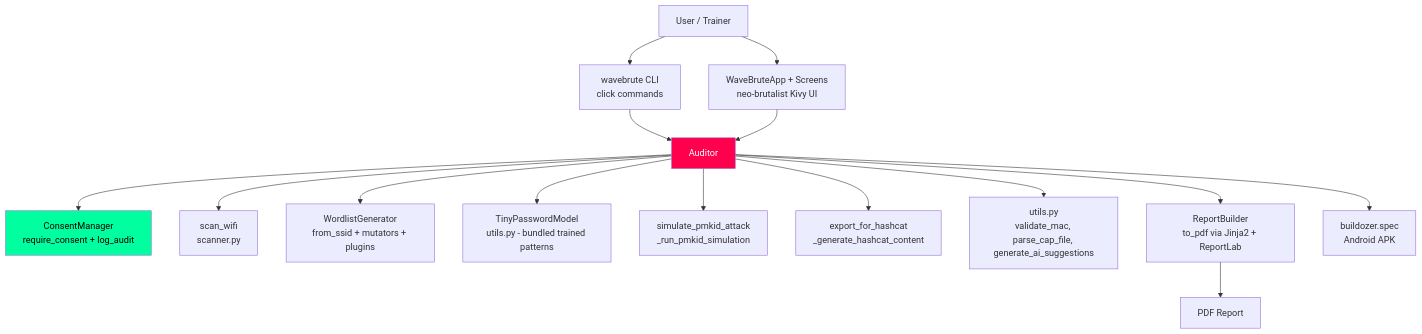
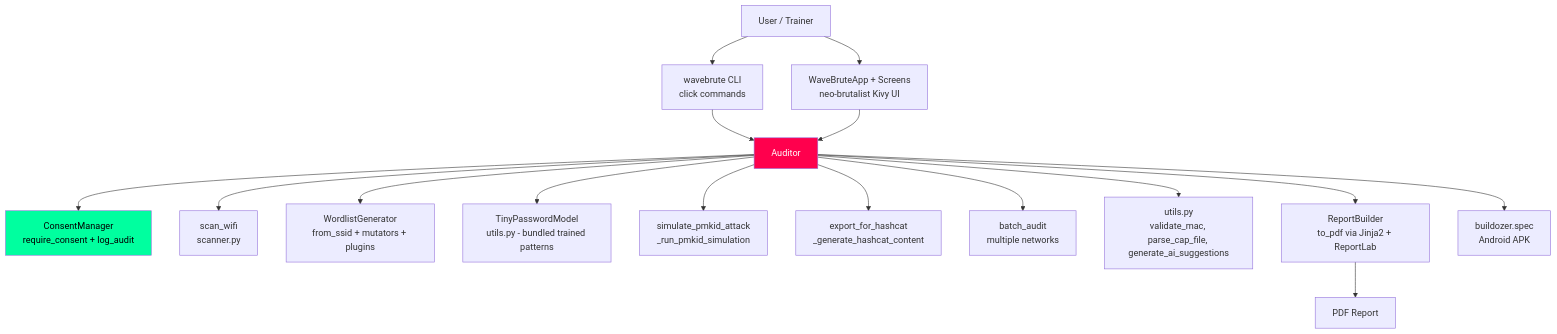
One commit to ajendras/wavebrute changed the diagram in README.md. Above: the diagram before and after it, drawn with Mermaid. The commit also changed other lines of this file and 2 other files, not shown here.

Commit message:
feat(auditor): add batch mode for auditing multiple networks

````diff
--- a/README.md
+++ b/README.md
@@ -246,18 +268,19 @@
 ```mermaid
 graph TD
     User[User / Trainer] --> CLI[wavebrute CLI<br/>click commands]
     User --> GUI[WaveBruteApp + Screens<br/>neo-brutalist Kivy UI]
     CLI & GUI --> Auditor
     Auditor --> Consent[ConsentManager<br/>require_consent + log_audit]
     Auditor --> Scan[scan_wifi<br/>scanner.py]
     Auditor --> Gen[WordlistGenerator<br/>from_ssid + mutators + plugins]
     Auditor --> Model[TinyPasswordModel<br/>utils.py - bundled trained patterns]
     Auditor --> PMKID[simulate_pmkid_attack<br/>_run_pmkid_simulation]
     Auditor --> Hashcat[export_for_hashcat<br/>_generate_hashcat_content]
+    Auditor --> Batch[batch_audit<br/>multiple networks]
     Auditor --> Utils[utils.py<br/>validate_mac, parse_cap_file, generate_ai_suggestions]
     Auditor --> Report[ReportBuilder<br/>to_pdf via Jinja2 + ReportLab]
     Auditor --> Android[buildozer.spec<br/>Android APK]
     Report --> PDF[PDF Report]
     style Auditor fill:#ff004d,color:#fff
     style Consent fill:#00ff9f,color:#000
 ```
````
